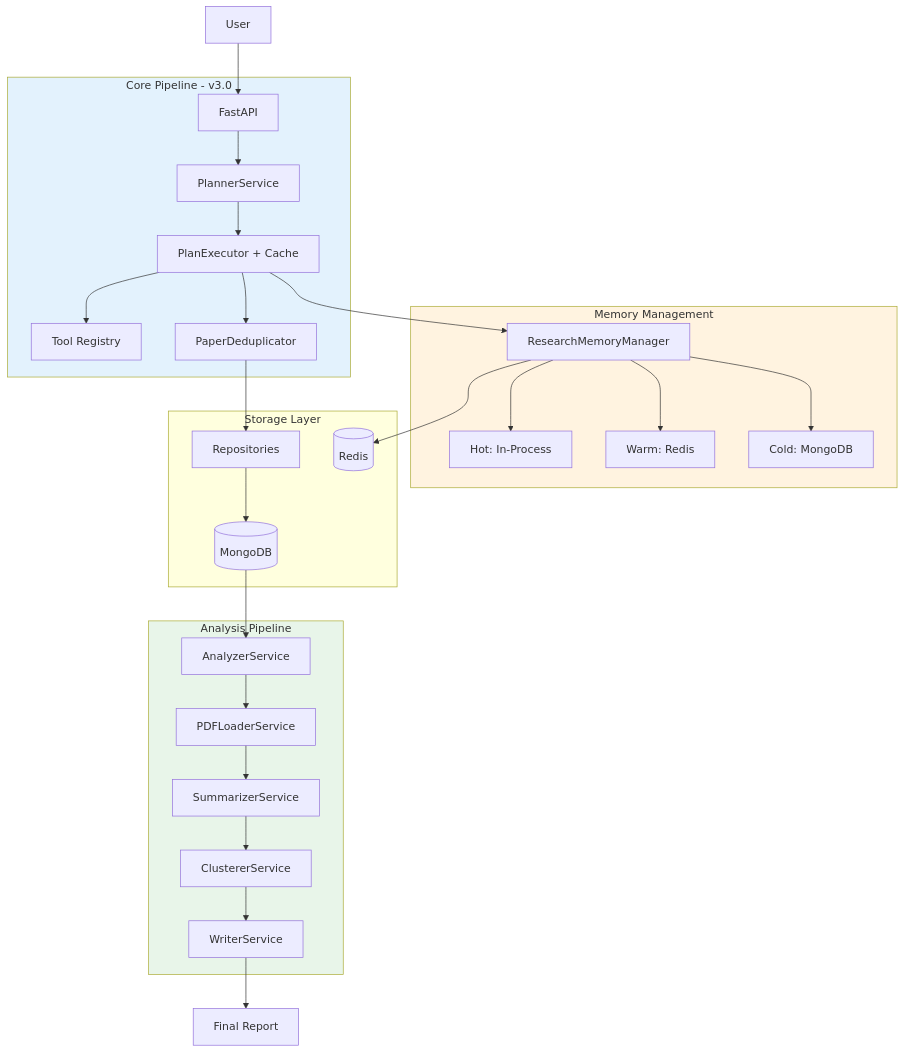
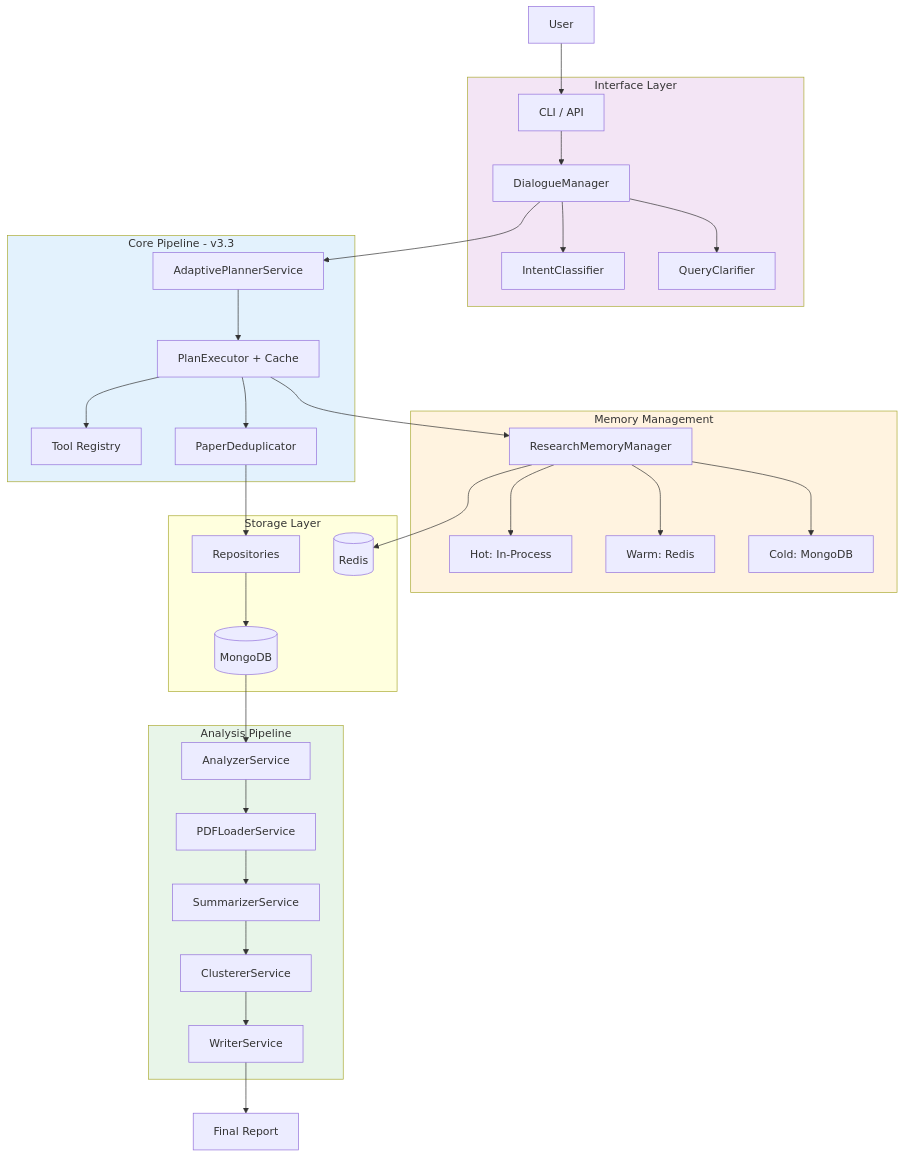
The diagram in backend/docs/system_design.md (DuyTa506/tiny_researcher), drawn with Mermaid before and after one commit. The commit also changed other lines of this file and 53 other files, not shown here.

Commit message:
full native flow for BE

````diff
--- a/backend/docs/system_design.md
+++ b/backend/docs/system_design.md
@@ -5,38 +5,45 @@
 ```mermaid
 graph TB
-    User[User] --> API[FastAPI]
+    User[User] --> CLI[CLI / API]
 
-    subgraph Core[Core Pipeline - v3.0]
-        API --> Planner[PlannerService]
+    subgraph Interface[Interface Layer]
+        CLI --> DialogueMgr[DialogueManager]
+        DialogueMgr --> Intent[IntentClassifier]
+        DialogueMgr --> Clarifier[QueryClarifier]
+    end
+
+    subgraph Core[Core Pipeline - v3.3]
+        DialogueMgr --> Planner[AdaptivePlannerService]
         Planner --> Executor[PlanExecutor + Cache]
         Executor --> Tools[Tool Registry]
         Executor --> Dedup[PaperDeduplicator]
     end
 
     subgraph Memory[Memory Management]
         Executor --> MemMgr[ResearchMemoryManager]
         MemMgr --> Hot[Hot: In-Process]
         MemMgr --> Warm[Warm: Redis]
         MemMgr --> Cold[Cold: MongoDB]
     end
 
     subgraph Storage[Storage Layer]
         Dedup --> Repo[Repositories]
         Repo --> MongoDB[(MongoDB)]
         MemMgr --> Redis[(Redis)]
     end
 
     subgraph Analysis[Analysis Pipeline]
         MongoDB --> Analyzer[AnalyzerService]
         Analyzer --> PDFLoader[PDFLoaderService]
         PDFLoader --> Summarizer[SummarizerService]
         Summarizer --> Clusterer[ClustererService]
         Clusterer --> Writer[WriterService]
     end
 
     Writer --> Report[Final Report]
 
+    style Interface fill:#f3e5f5
     style Core fill:#e3f2fd
     style Memory fill:#fff3e0
     style Analysis fill:#e8f5e9
 ```
````
